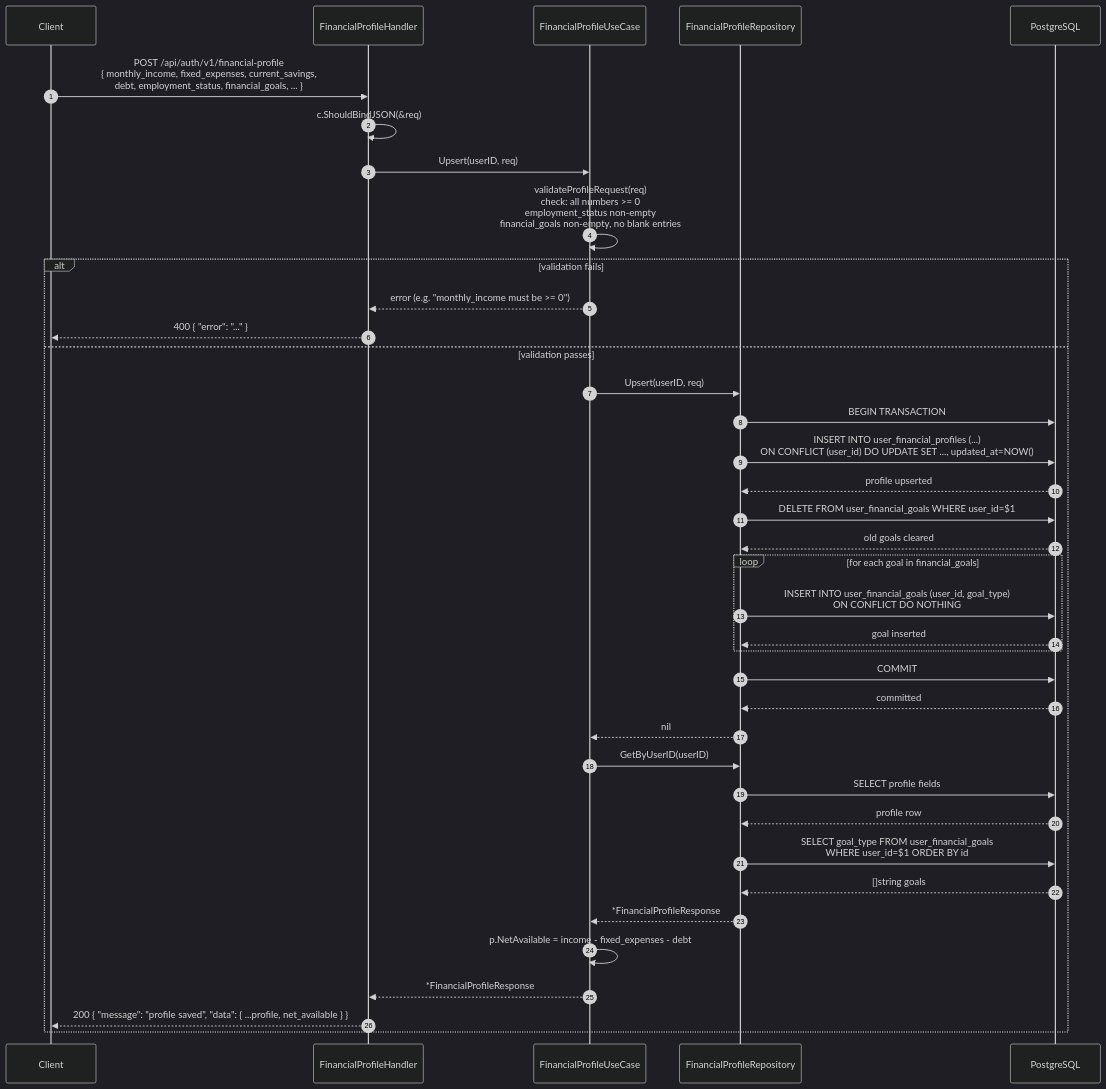
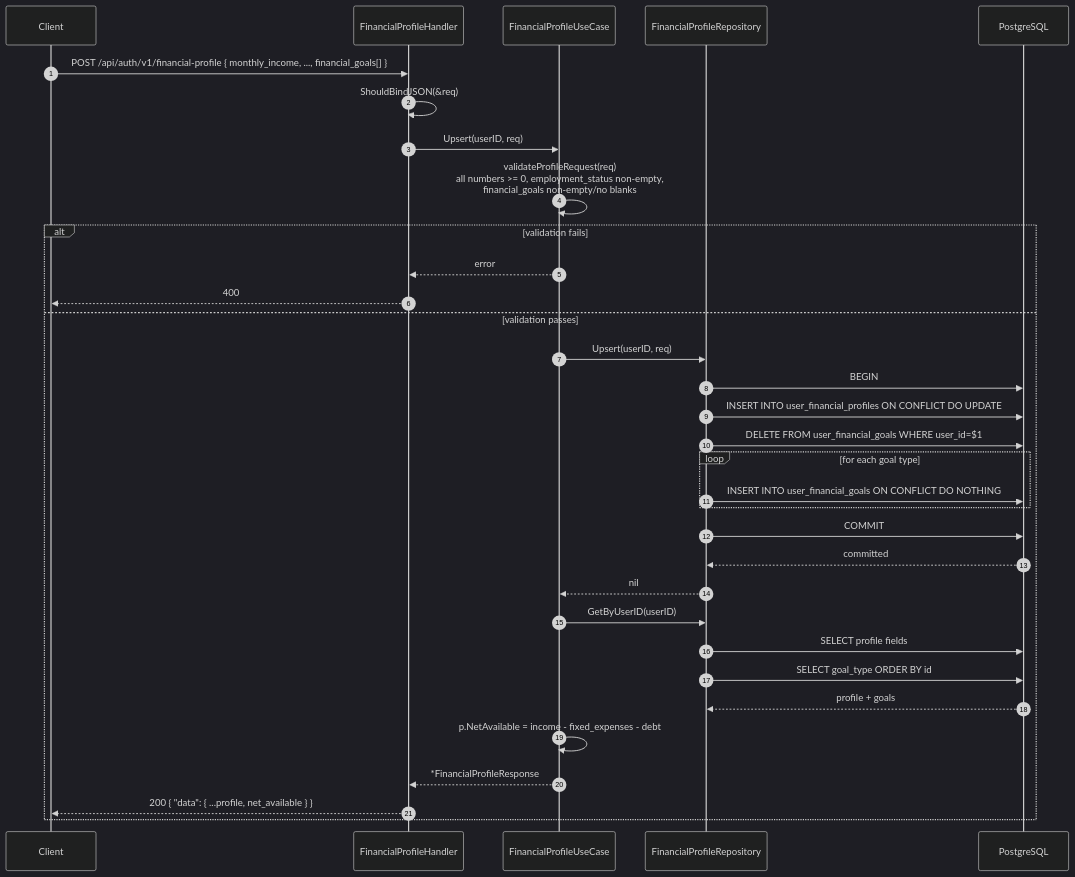
Before and after one commit to lewimb/financial-planning-golang: the eighth of 14 diagrams in docs/sequence-diagram.md, drawn with Mermaid (dark theme). The commit also changed other lines of this file and 30 other files, not shown here.

Commit message:
docs: add documentation, OpenAPI specs, flowcharts, seeder tooling, and frontend guide

````diff
--- a/docs/sequence-diagram.md
+++ b/docs/sequence-diagram.md
@@ -312,41 +295,36 @@
 ```mermaid
 sequenceDiagram
     autonumber
     participant C as Client
     participant H as FinancialProfileHandler
     participant UC as FinancialProfileUseCase
     participant R as FinancialProfileRepository
     participant DB as PostgreSQL
 
-    C->>H: POST /api/auth/v1/financial-profile<br/>{ monthly_income, fixed_expenses, current_savings,<br/>debt, employment_status, financial_goals, ... }
-    H->>H: c.ShouldBindJSON(&req)
+    C->>H: POST /api/auth/v1/financial-profile { monthly_income, ..., financial_goals[] }
+    H->>H: ShouldBindJSON(&req)
     H->>UC: Upsert(userID, req)
-    UC->>UC: validateProfileRequest(req)<br/>check: all numbers >= 0<br/>employment_status non-empty<br/>financial_goals non-empty, no blank entries
+    UC->>UC: validateProfileRequest(req)<br/>all numbers >= 0, employment_status non-empty,<br/>financial_goals non-empty/no blanks
     alt validation fails
-        UC-->>H: error (e.g. "monthly_income must be >= 0")
-        H-->>C: 400 { "error": "..." }
+        UC-->>H: error
+        H-->>C: 400
     else validation passes
         UC->>R: Upsert(userID, req)
-        R->>DB: BEGIN TRANSACTION
-        R->>DB: INSERT INTO user_financial_profiles (...)<br/>ON CONFLICT (user_id) DO UPDATE SET ..., updated_at=NOW()
-        DB-->>R: profile upserted
+        R->>DB: BEGIN
+        R->>DB: INSERT INTO user_financial_profiles ON CONFLICT DO UPDATE
         R->>DB: DELETE FROM user_financial_goals WHERE user_id=$1
-        DB-->>R: old goals cleared
-        loop for each goal in financial_goals
-            R->>DB: INSERT INTO user_financial_goals (user_id, goal_type)<br/>ON CONFLICT DO NOTHING
-            DB-->>R: goal inserted
+        loop for each goal type
+            R->>DB: INSERT INTO user_financial_goals ON CONFLICT DO NOTHING
         end
         R->>DB: COMMIT
         DB-->>R: committed
         R-->>UC: nil
         UC->>R: GetByUserID(userID)
         R->>DB: SELECT profile fields
-        DB-->>R: profile row
-        R->>DB: SELECT goal_type FROM user_financial_goals<br/>WHERE user_id=$1 ORDER BY id
-        DB-->>R: []string goals
-        R-->>UC: *FinancialProfileResponse
+        R->>DB: SELECT goal_type ORDER BY id
+        DB-->>R: profile + goals
         UC->>UC: p.NetAvailable = income - fixed_expenses - debt
         UC-->>H: *FinancialProfileResponse
-        H-->>C: 200 { "message": "profile saved", "data": { ...profile, net_available } }
+        H-->>C: 200 { "data": { ...profile, net_available } }
     end
 ```
````
